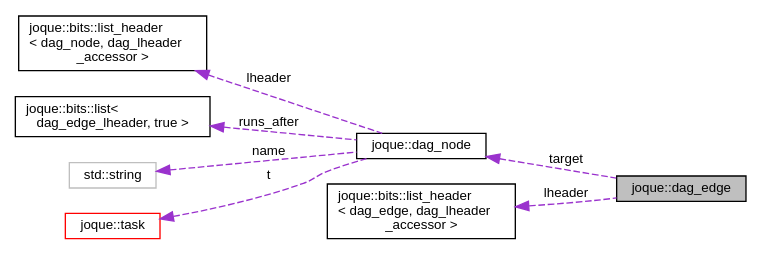
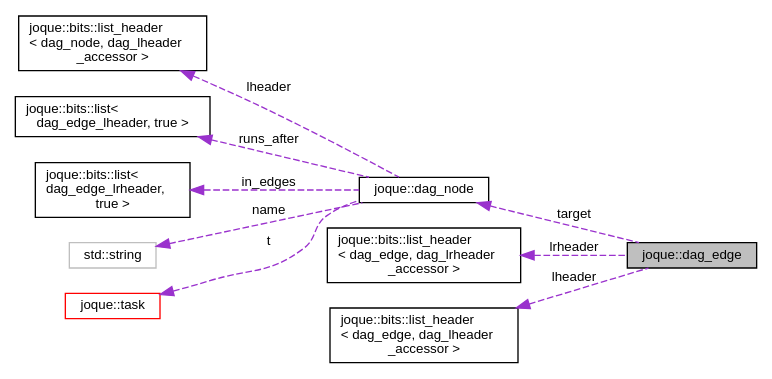
The diagram in structjoque_1_1dag__edge__coll__graph.dot (koniarik/joque), drawn with Graphviz before and after one commit. The commit also changed 180 other files, not shown here.

```diff
--- a/structjoque_1_1dag__edge__coll__graph.dot
+++ b/structjoque_1_1dag__edge__coll__graph.dot
@@ -1,20 +1,24 @@
 digraph "joque::dag_edge"
 {
  // LATEX_PDF_SIZE
   edge [fontname="Helvetica",fontsize="10",labelfontname="Helvetica",labelfontsize="10"];
   node [fontname="Helvetica",fontsize="10",shape=record];
   rankdir="LR";
   Node1 [label="joque::dag_edge",height=0.2,width=0.4,color="black", fillcolor="grey75", style="filled", fontcolor="black",tooltip=" "];
   Node2 -> Node1 [dir="back",color="darkorchid3",fontsize="10",style="dashed",label=" target" ,fontname="Helvetica"];
   Node2 [label="joque::dag_node",height=0.2,width=0.4,color="black", fillcolor="white", style="filled",URL="$namespacejoque.html#structjoque_1_1dag__node",tooltip="Node representing all execution-related information for one task."];
   Node3 -> Node2 [dir="back",color="darkorchid3",fontsize="10",style="dashed",label=" lheader" ,fontname="Helvetica"];
   Node3 [label="joque::bits::list_header\l\< dag_node, dag_lheader\l_accessor \>",height=0.2,width=0.4,color="black", fillcolor="white", style="filled",URL="$structjoque_1_1bits_1_1list__header.html",tooltip=" "];
   Node4 -> Node2 [dir="back",color="darkorchid3",fontsize="10",style="dashed",label=" runs_after" ,fontname="Helvetica"];
   Node4 [label="joque::bits::list\<\l dag_edge_lheader, true \>",height=0.2,width=0.4,color="black", fillcolor="white", style="filled",URL="$classjoque_1_1bits_1_1list.html",tooltip=" "];
-  Node5 -> Node2 [dir="back",color="darkorchid3",fontsize="10",style="dashed",label=" name" ,fontname="Helvetica"];
-  Node5 [label="std::string",height=0.2,width=0.4,color="grey75", fillcolor="white", style="filled",tooltip=" "];
-  Node7 -> Node2 [dir="back",color="darkorchid3",fontsize="10",style="dashed",label=" t" ,fontname="Helvetica"];
-  Node7 [label="joque::task",height=0.2,width=0.4,color="red", fillcolor="white", style="filled",URL="$namespacejoque.html#structjoque_1_1task",tooltip="Single task that should be executed by the system."];
-  Node13 -> Node1 [dir="back",color="darkorchid3",fontsize="10",style="dashed",label=" lheader" ,fontname="Helvetica"];
-  Node13 [label="joque::bits::list_header\l\< dag_edge, dag_lheader\l_accessor \>",height=0.2,width=0.4,color="black", fillcolor="white", style="filled",URL="$structjoque_1_1bits_1_1list__header.html",tooltip=" "];
+  Node5 -> Node2 [dir="back",color="darkorchid3",fontsize="10",style="dashed",label=" in_edges" ,fontname="Helvetica"];
+  Node5 [label="joque::bits::list\<\l dag_edge_lrheader,\l true \>",height=0.2,width=0.4,color="black", fillcolor="white", style="filled",URL="$classjoque_1_1bits_1_1list.html",tooltip=" "];
+  Node6 -> Node2 [dir="back",color="darkorchid3",fontsize="10",style="dashed",label=" name" ,fontname="Helvetica"];
+  Node6 [label="std::string",height=0.2,width=0.4,color="grey75", fillcolor="white", style="filled",tooltip=" "];
+  Node8 -> Node2 [dir="back",color="darkorchid3",fontsize="10",style="dashed",label=" t" ,fontname="Helvetica"];
+  Node8 [label="joque::task",height=0.2,width=0.4,color="red", fillcolor="white", style="filled",URL="$namespacejoque.html#structjoque_1_1task",tooltip="Single task that should be executed by the system."];
+  Node14 -> Node1 [dir="back",color="darkorchid3",fontsize="10",style="dashed",label=" lrheader" ,fontname="Helvetica"];
+  Node14 [label="joque::bits::list_header\l\< dag_edge, dag_lrheader\l_accessor \>",height=0.2,width=0.4,color="black", fillcolor="white", style="filled",URL="$structjoque_1_1bits_1_1list__header.html",tooltip=" "];
+  Node15 -> Node1 [dir="back",color="darkorchid3",fontsize="10",style="dashed",label=" lheader" ,fontname="Helvetica"];
+  Node15 [label="joque::bits::list_header\l\< dag_edge, dag_lheader\l_accessor \>",height=0.2,width=0.4,color="black", fillcolor="white", style="filled",URL="$structjoque_1_1bits_1_1list__header.html",tooltip=" "];
 }
```
